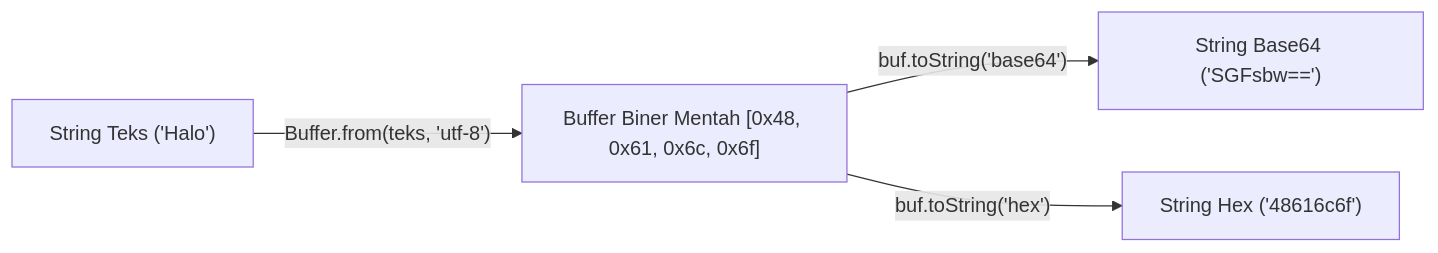
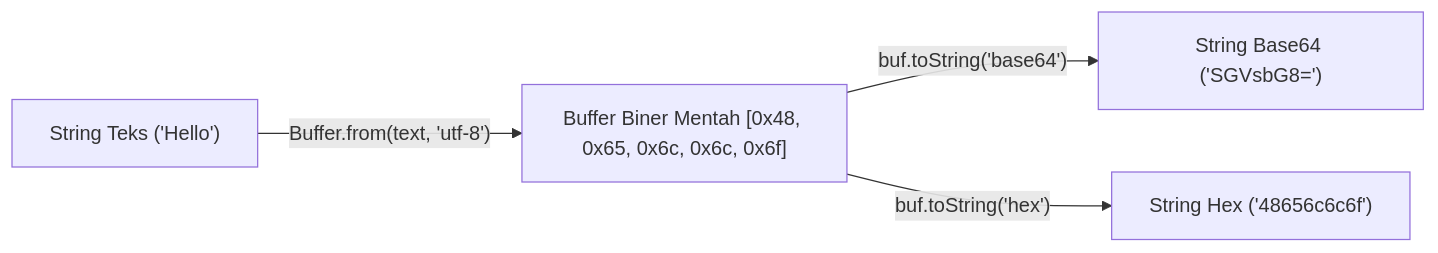
One commit to san4byte/nodejs-handbook changed the diagram in 01-core-modules/09-buffer/README.md. Above: the diagram before and after it, drawn with Mermaid. The commit also changed other lines of this file and 21 other files, not shown here.

````diff
--- a/01-core-modules/09-buffer/README.md
+++ b/01-core-modules/09-buffer/README.md
@@ -25,6 +24,6 @@
 ```mermaid
 flowchart LR
-    STRING["String Teks ('Halo')"] -- "Buffer.from(teks, 'utf-8')" --> BINARY["Buffer Biner Mentah [0x48, 0x61, 0x6c, 0x6f]"]
-    BINARY -- "buf.toString('base64')" --> BASE64["String Base64 ('SGFsbw==')"]
-    BINARY -- "buf.toString('hex')" --> HEX["String Hex ('48616c6f')"]
+    STRING["String Teks ('Hello')"] -- "Buffer.from(text, 'utf-8')" --> BINARY["Buffer Biner Mentah [0x48, 0x65, 0x6c, 0x6c, 0x6f]"]
+    BINARY -- "buf.toString('base64')" --> BASE64["String Base64 ('SGVsbG8=')"]
+    BINARY -- "buf.toString('hex')" --> HEX["String Hex ('48656c6c6f')"]
 ```
````
